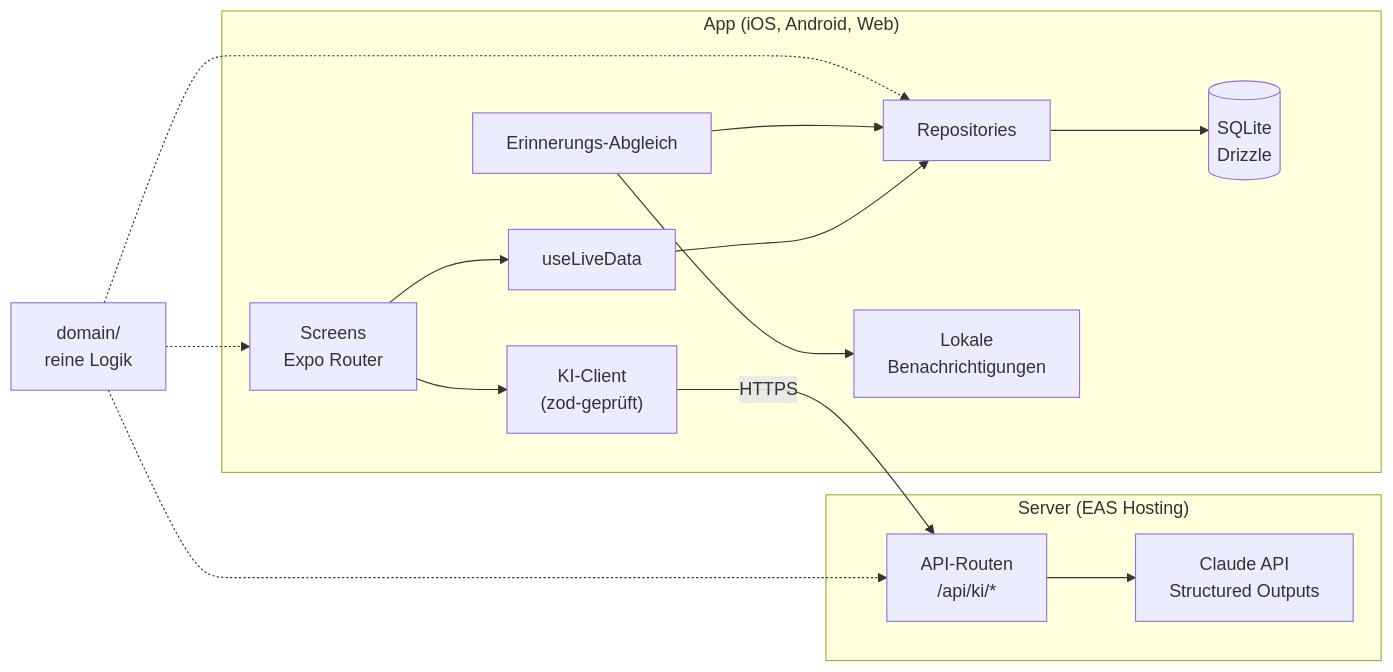
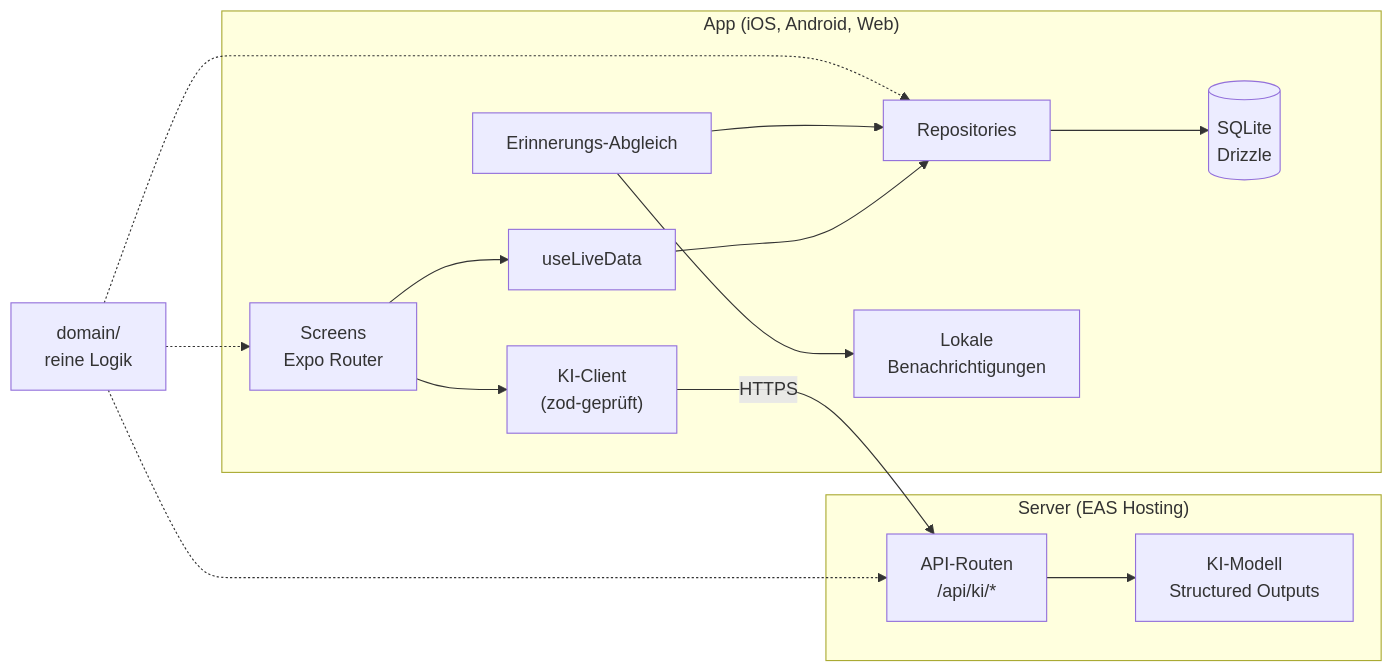
One commit to Mythos-Brookdesign/jobpilot changed the diagram in README.md. Above: the diagram before and after it, drawn with Mermaid. The commit also changed other lines of this file and 19 other files, not shown here.

````diff
--- a/README.md
+++ b/README.md
@@ -31,18 +31,18 @@
 ```mermaid
 flowchart LR
   subgraph App["App (iOS, Android, Web)"]
     UI["Screens<br/>Expo Router"] --> Hooks["useLiveData"]
     Hooks --> Repo["Repositories"]
     Repo --> DB[("SQLite<br/>Drizzle")]
     Sync["Erinnerungs-Abgleich"] --> Repo
     Sync --> Notif["Lokale<br/>Benachrichtigungen"]
     UI --> AiClient["KI-Client<br/>(zod-geprüft)"]
   end
   subgraph Server["Server (EAS Hosting)"]
-    Routes["API-Routen<br/>/api/ki/*"] --> Claude["Claude API<br/>Structured Outputs"]
+    Routes["API-Routen<br/>/api/ki/*"] --> Model["KI-Modell<br/>Structured Outputs"]
   end
   AiClient -- "HTTPS" --> Routes
   Domain["domain/<br/>reine Logik"] -.-> UI
   Domain -.-> Repo
   Domain -.-> Routes
 ```
````
